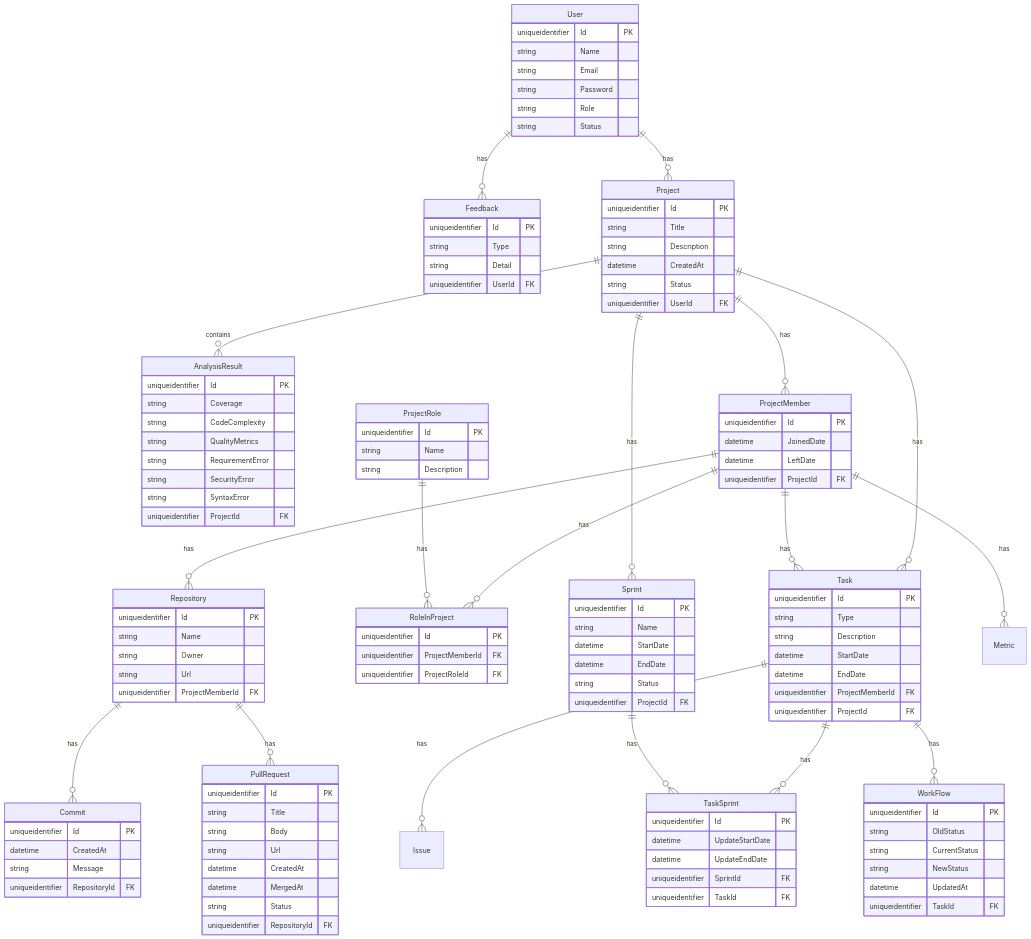
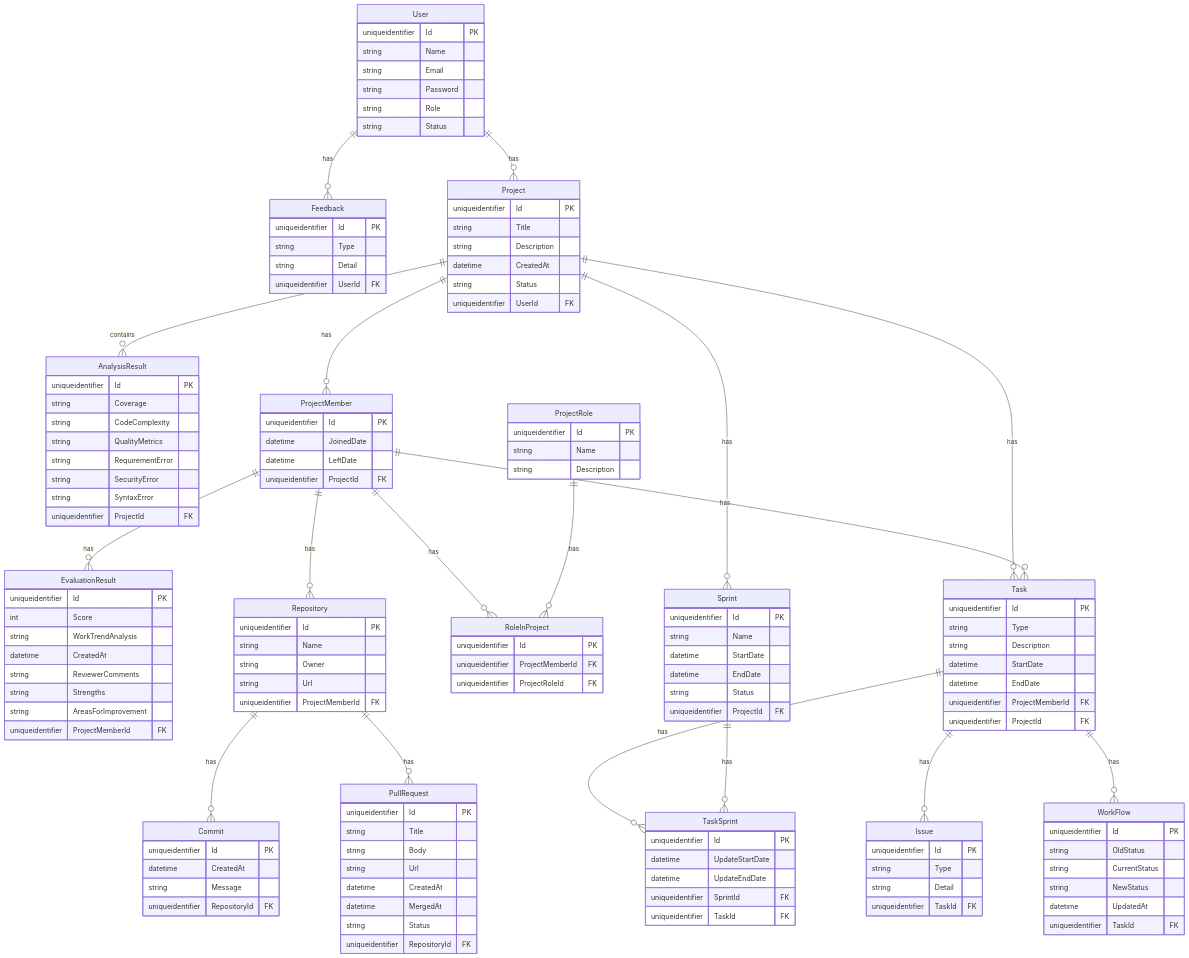
One commit to SWP490-GFA24SE110-FA24SE030/PMSAT changed the diagram in Diagrams/erd.mermaid. Above: the diagram before and after it, drawn with Mermaid.

Commit message:
[Dgrm] Fixed ER diagram code (by hiep)

```diff
--- a/Diagrams/erd.mermaid
+++ b/Diagrams/erd.mermaid
@@ -1,149 +1,167 @@
 erDiagram
     Commit {
         uniqueidentifier Id PK
         datetime CreatedAt
         string Message
         uniqueidentifier RepositoryId FK
     }
 
+    EvaluationResult {
+        uniqueidentifier Id PK
+        int Score
+        string WorkTrendAnalysis
+        datetime CreatedAt
+        string ReviewerComments
+        string Strengths
+        string AreasForImprovement
+        uniqueidentifier ProjectMemberId FK
+    }
+
     Feedback {
         uniqueidentifier Id PK
         string Type
         string Detail
         uniqueidentifier UserId FK
+    }
+
+    Issue {
+        uniqueidentifier Id PK
+        string Type
+        string Detail
+        uniqueidentifier TaskId FK
     }
 
     Project {
         uniqueidentifier Id PK
         string Title
         string Description
         datetime CreatedAt
 
         %% public | private
         string Status
 
         uniqueidentifier UserId FK
     }
 
     AnalysisResult {
         uniqueidentifier Id PK
         string Coverage
         string CodeComplexity
         string QualityMetrics
         string RequirementError
         string SecurityError
         string SyntaxError
         uniqueidentifier ProjectId FK
     }
 
     ProjectMember {
         uniqueidentifier Id PK
         datetime JoinedDate
         datetime LeftDate
         uniqueidentifier ProjectId FK
     }
 
     ProjectRole {
         uniqueidentifier Id PK
 
         %% leader | .......
         string Name
 
         string Description
     }
 
     PullRequest {
         uniqueidentifier Id PK
         string Title
         string Body
         string Url
         datetime CreatedAt
         datetime MergedAt
         string Status
         uniqueidentifier RepositoryId FK
     }
 
     Repository {
         uniqueidentifier Id PK
         string Name
         string Owner
         string Url
         uniqueidentifier ProjectMemberId FK
     }
 
     RoleInProject {
         uniqueidentifier Id PK
         uniqueidentifier ProjectMemberId FK
         uniqueidentifier ProjectRoleId FK
     }
 
     Sprint {
         uniqueidentifier Id PK
         string Name
         datetime StartDate
         datetime EndDate
 
         %% in progress | done
         string Status
 
         uniqueidentifier ProjectId FK
     }
 
     Task {
         uniqueidentifier Id PK
         string Type
         string Description
         datetime StartDate
         datetime EndDate
         uniqueidentifier ProjectMemberId FK
         uniqueidentifier ProjectId FK
     }
 
     TaskSprint {
         uniqueidentifier Id PK
         datetime UpdateStartDate
         datetime UpdateEndDate
         uniqueidentifier SprintId FK
         uniqueidentifier TaskId FK
     }
 
     User {
         uniqueidentifier Id PK
         string Name
         string Email
         string Password
 
         %% admin | user | moderator
         string Role
 
         %% activated | deactivated
         string Status
     }
 
     WorkFlow {
         uniqueidentifier Id PK
         string OldStatus
         string CurrentStatus
         string NewStatus
         datetime UpdatedAt
         uniqueidentifier TaskId FK
     }
 
     %% Relationships
     Repository ||--o{ Commit : has
     User ||--o{ Feedback : has
     Project ||--o{ AnalysisResult : contains
     Project ||--o{ ProjectMember : has
     User ||--o{ Project : has
     Repository ||--o{ PullRequest : has
     ProjectMember ||--o{ Repository : has
     ProjectMember ||--o{ RoleInProject : has
     ProjectRole ||--o{ RoleInProject : has
     Project ||--o{ Sprint : has
     Project ||--o{ Task : has
     ProjectMember ||--o{ Task : has
-    ProjectMember ||--o{ Metric : has
+    ProjectMember ||--o{ EvaluationResult : has
     Task ||--o{ TaskSprint : has
     Task ||--o{ Issue : has
     Sprint ||--o{ TaskSprint : has
     Task ||--o{ WorkFlow : has
```
